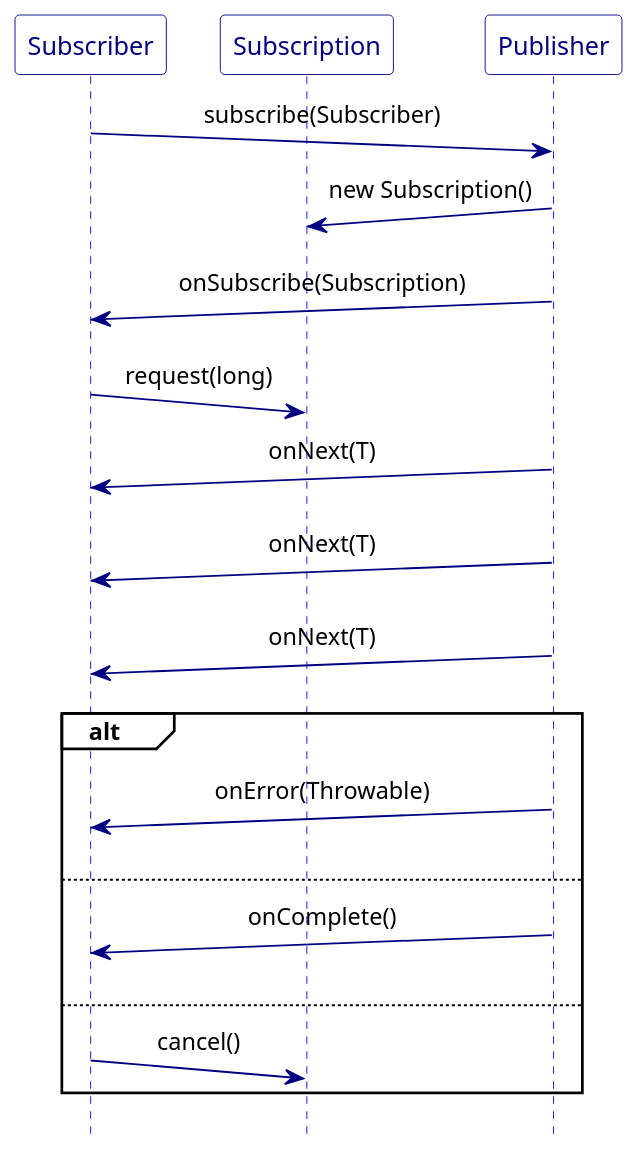
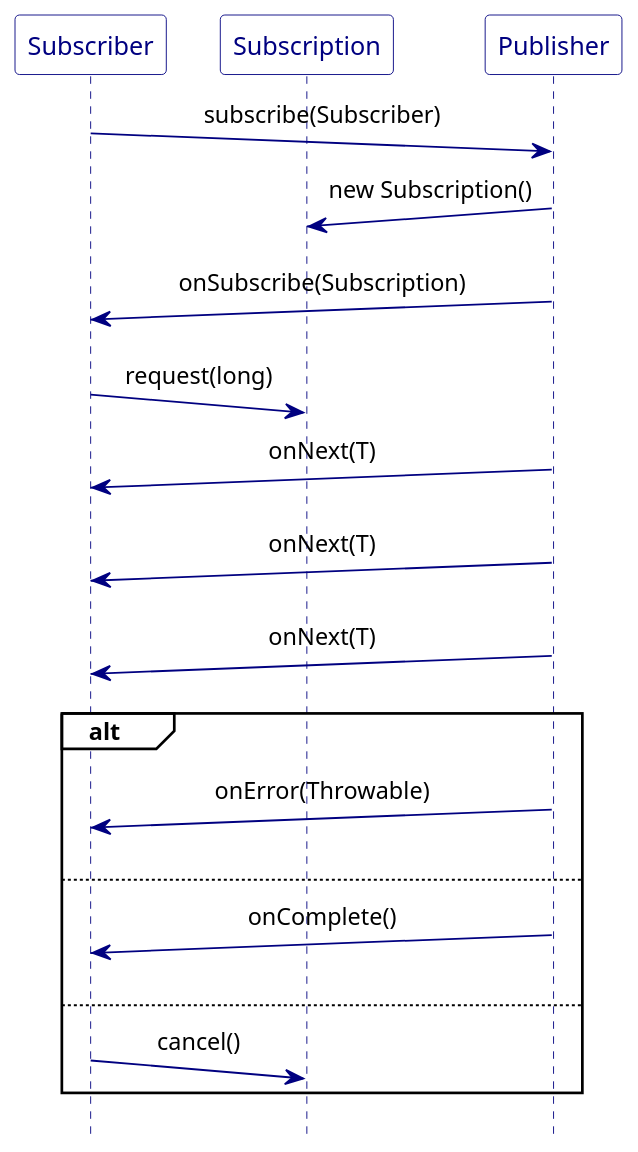
The diagram in images/pattern_Reactive_Streams.puml (ti-cortex-m4/demo-java-reactive-streams-old), drawn with PlantUML before and after one commit. The commit also changed 2 other files, not shown here.

```diff
--- a/images/pattern_Reactive_Streams.puml
+++ b/images/pattern_Reactive_Streams.puml
@@ -1,52 +1,52 @@
 @startuml
 
 scale 1.2
 hide footbox
 
 !pragma teoz true
 
 skinparam sequence {
 ArrowColor navy
 ActorBorderColor navy
-LifeLineBorderColor blue
+LifeLineBorderColor navy
 LifeLineBackgroundColor navy
 
 ParticipantBorderColor navy
 ParticipantBackgroundColor navy
 ParticipantFontColor navy
 
 ActorBackgroundColor navy
 ActorFontColor navy
 }
 
 'skinparam monochrome true
 skinparam defaultFontName Source Sans Pro
 skinparam sequenceMessageAlign center
 skinparam participantBackgroundColor #white
 skinparam noteBackgroundColor #white
 skinparam sequenceGroupBackgroundColor #white
 skinparam participantPadding 10
 
 participant Subscriber
 participant Subscription
 participant Publisher
 
 Subscriber ->(10) Publisher : subscribe(Subscriber)
 Publisher ->(10) Subscription : new Subscription()
 Publisher ->(10) Subscriber : onSubscribe(Subscription)
 
 Subscriber ->(10) Subscription : request(long)
 
 Publisher ->(10) Subscriber : onNext(T)
 Publisher ->(10) Subscriber : onNext(T)
 Publisher ->(10) Subscriber : onNext(T)
 
 alt
     Publisher ->(10) Subscriber : onError(Throwable)
 else
     Publisher ->(10) Subscriber : onComplete()
 else
     Subscriber ->(10) Subscription : cancel()
 end
 
 @enduml
```
